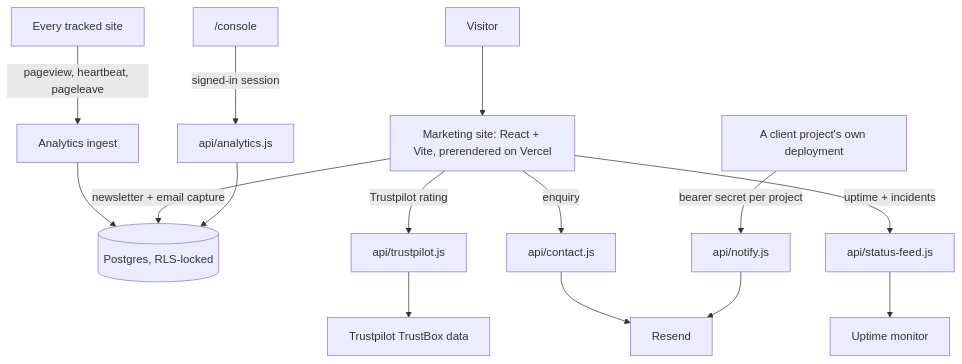
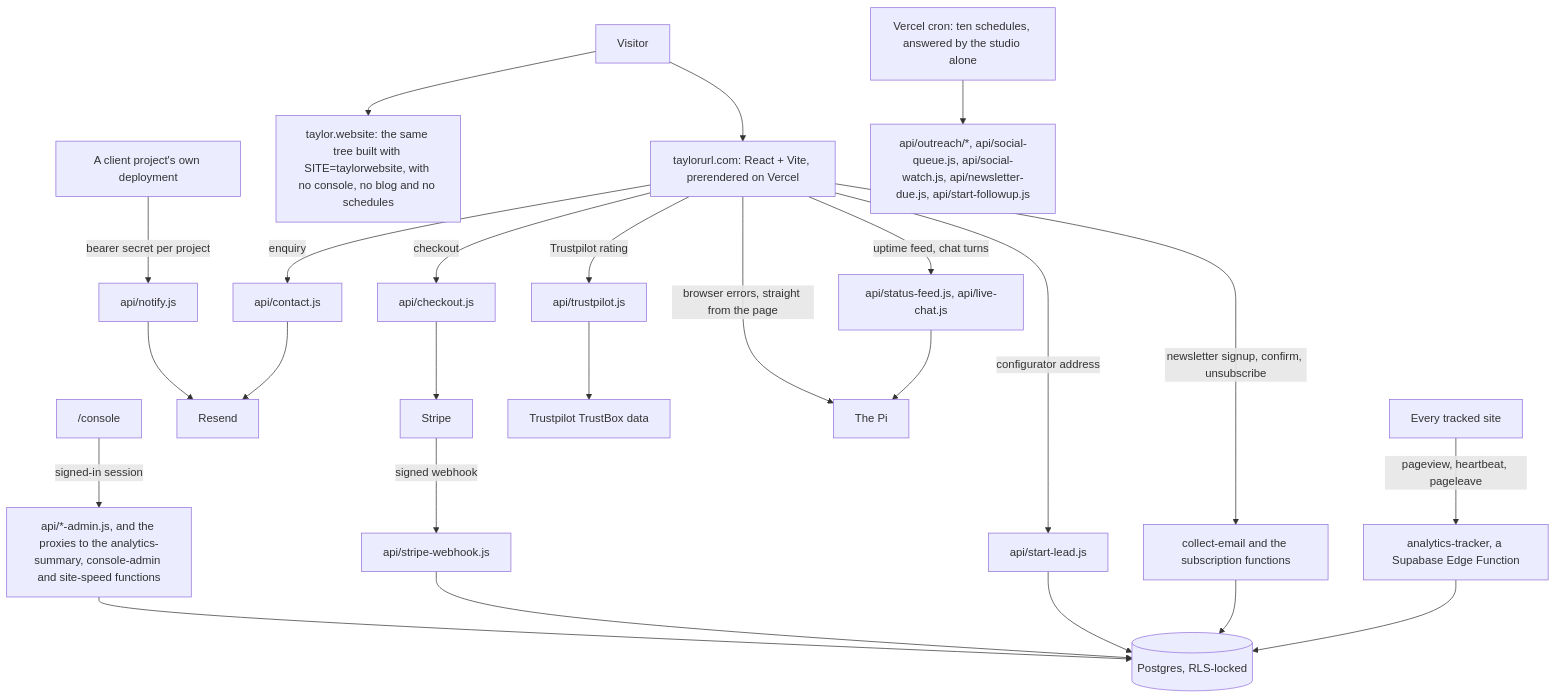
Before and after one commit to TaylorURL/taylorurl-com: the diagram in README.md, drawn with Mermaid. The commit also changed other lines of this file and 2 other files, not shown here.

Commit message:
Bring the README level with the tree: two sites, the ad tags, the Pi, and the lead figure

````diff
--- a/README.md
+++ b/README.md
@@ -96,12 +111,17 @@
 ```mermaid
 flowchart TD
-    V["Visitor"] --> Site["Marketing site: React + Vite, prerendered on Vercel"]
-    Any["Every tracked site"] -->|"pageview, heartbeat, pageleave"| IN["Analytics ingest"]
+    V["Visitor"] --> Site["taylorurl.com: React + Vite, prerendered on Vercel"]
+    V --> Sub["taylor.website: the same tree built with SITE=taylorwebsite, with no console, no blog and no schedules"]
+    Any["Every tracked site"] -->|"pageview, heartbeat, pageleave"| IN["analytics-tracker, a Supabase Edge Function"]
     IN --> DB[("Postgres, RLS-locked")]
+    Site -->|"newsletter signup, confirm, unsubscribe"| EF["collect-email and the subscription functions"] --> DB
+    Site -->|"enquiry"| CT["api/contact.js"] --> RS["Resend"]
+    Site -->|"configurator address"| SL["api/start-lead.js"] --> DB
+    Site -->|"checkout"| CK["api/checkout.js"] --> ST["Stripe"] -->|"signed webhook"| WH["api/stripe-webhook.js"] --> DB
     Site -->|"Trustpilot rating"| TP["api/trustpilot.js"] --> TB["Trustpilot TrustBox data"]
-    Site -->|"newsletter + email capture"| DB
-    Site -->|"enquiry"| CT["api/contact.js"] --> RS["Resend"]
-    Site -->|"uptime + incidents"| SF["api/status-feed.js"] --> MON["Uptime monitor"]
-    Console["/console"] -->|"signed-in session"| AN["api/analytics.js"] --> DB
+    Site -->|"uptime feed, chat turns"| PX["api/status-feed.js, api/live-chat.js"] --> PI["The Pi"]
+    Site -->|"browser errors, straight from the page"| PI
+    Console["/console"] -->|"signed-in session"| ADM["api/*-admin.js, and the proxies to the analytics-summary, console-admin and site-speed functions"] --> DB
     Client["A client project's own deployment"] -->|"bearer secret per project"| NF["api/notify.js"] --> RS
+    Cron["Vercel cron: ten schedules, answered by the studio alone"] --> Jobs["api/outreach/*, api/social-queue.js, api/social-watch.js, api/newsletter-due.js, api/start-followup.js"]
 ```
````
